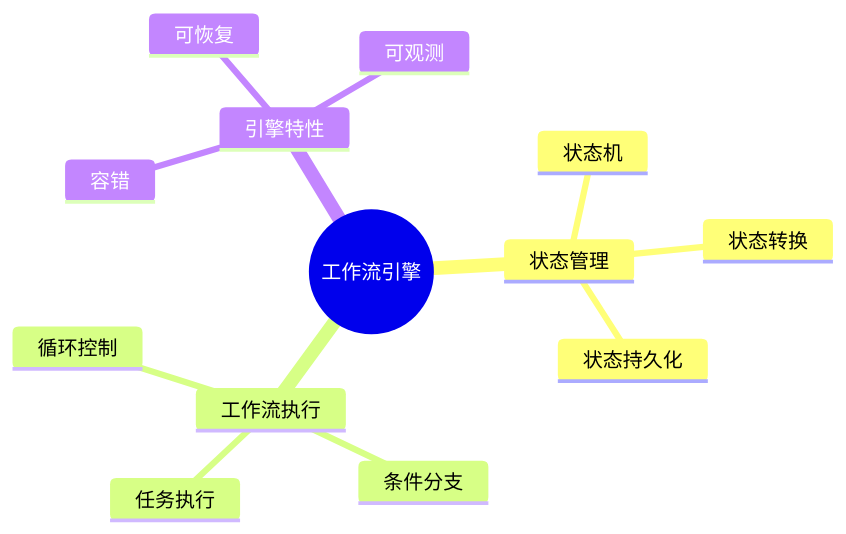
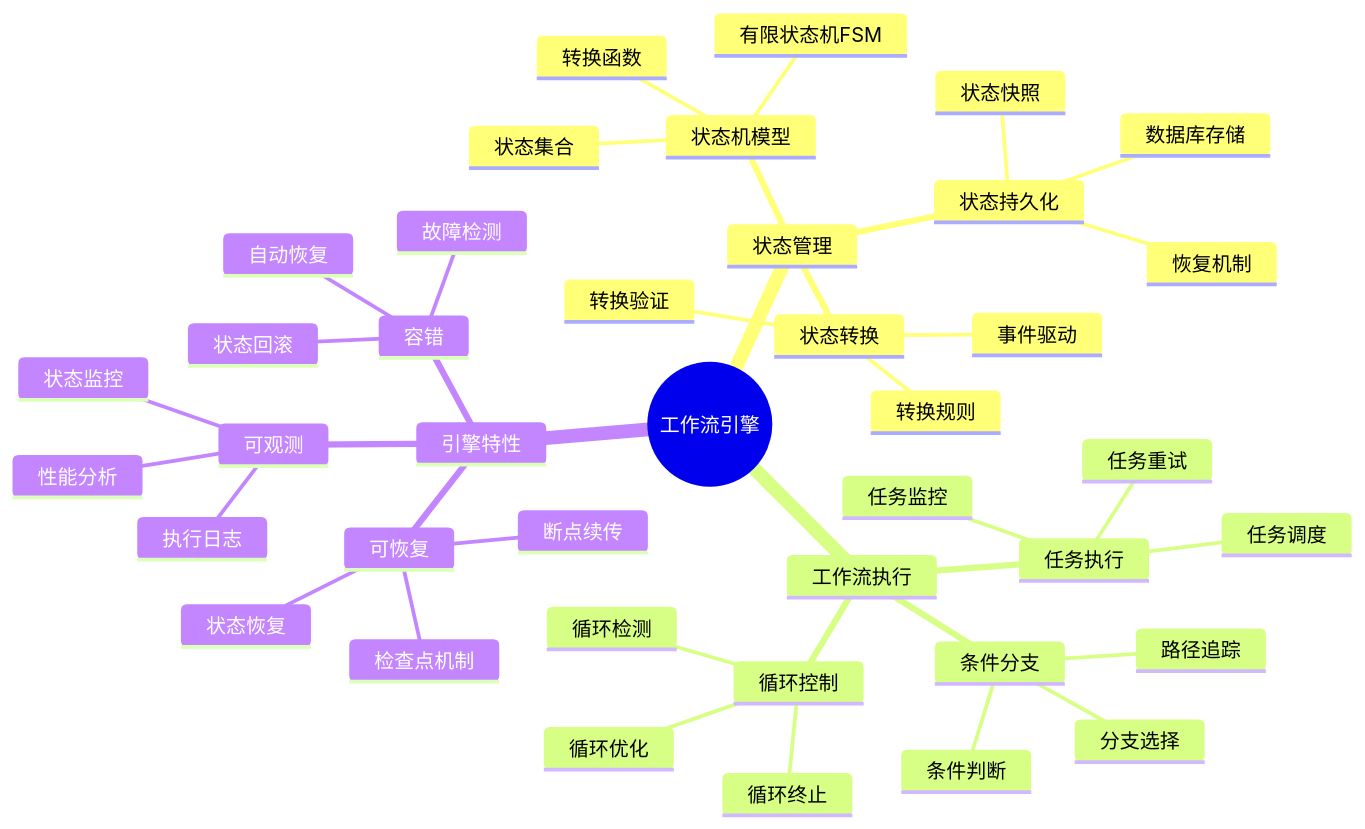
Before and after one commit to AdaMartin18010/PostgreSQL_modern: the first of 2 diagrams in PostgreSQL/10-理论基础/13-数据编排/13.02-数据库数据编排模型-工作流引擎与状态管理的形式化.md, drawn with Mermaid. The commit also changed other lines of this file and 80 other files, not shown here.

````diff
--- a/PostgreSQL/10-理论基础/13-数据编排/13.02-数据库数据编排模型-工作流引擎与状态管理的形式化.md
+++ b/PostgreSQL/10-理论基础/13-数据编排/13.02-数据库数据编排模型-工作流引擎与状态管理的形式化.md
@@ -43,16 +69,43 @@
 ```mermaid
 mindmap
   root((工作流引擎))
     状态管理
-      状态机
+      状态机模型
+        有限状态机FSM
+        状态集合
+        转换函数
       状态转换
+        事件驱动
+        转换规则
+        转换验证
       状态持久化
+        数据库存储
+        状态快照
+        恢复机制
     工作流执行
       任务执行
+        任务调度
+        任务监控
+        任务重试
       条件分支
+        条件判断
+        分支选择
+        路径追踪
       循环控制
+        循环检测
+        循环终止
+        循环优化
     引擎特性
       容错
+        故障检测
+        自动恢复
+        状态回滚
       可恢复
+        检查点机制
+        状态恢复
+        断点续传
       可观测
+        状态监控
+        执行日志
+        性能分析
 ```
````
